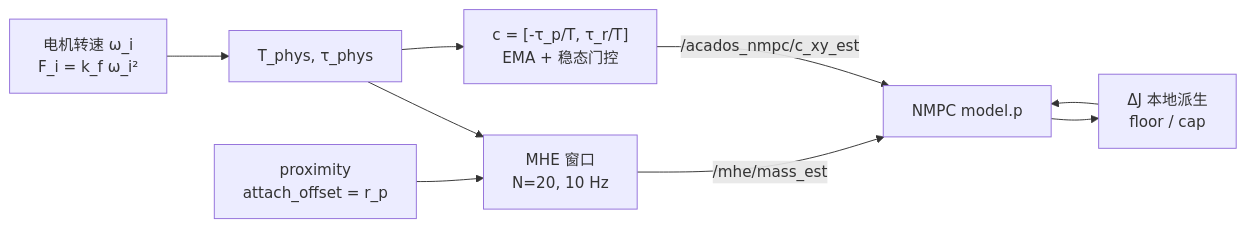
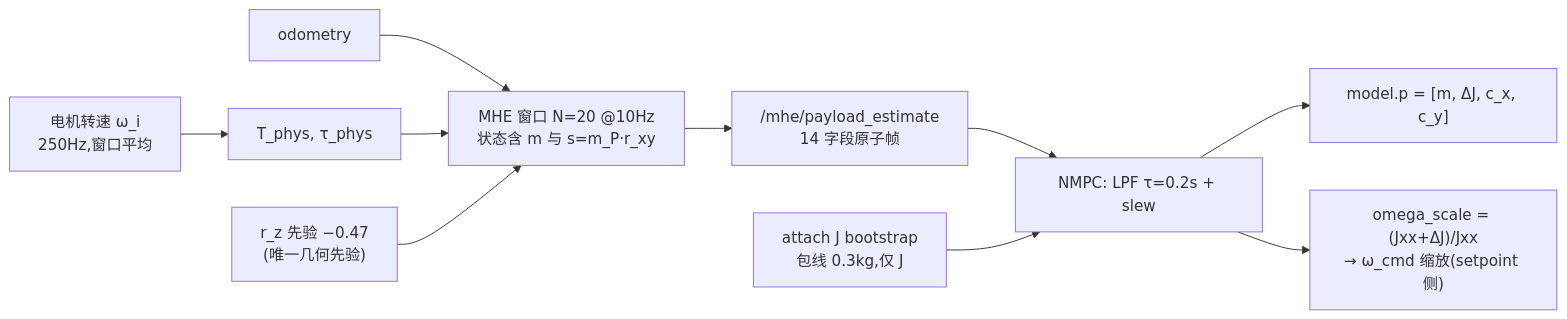
The diagram in docs/mjc_lifecycle_viz.md (yoyohu18/MHE-NMPC), drawn with Mermaid before and after one commit. The commit also changed other lines of this file and 3 other files, not shown here.

````diff
--- a/docs/mjc_lifecycle_viz.md
+++ b/docs/mjc_lifecycle_viz.md
@@ -109,11 +144,12 @@
 ```mermaid
 flowchart LR
-    MOT["电机转速 ω_i<br/>F_i = k_f ω_i²"] --> TP["T_phys, τ_phys"]
-    TP --> MHE["MHE 窗口<br/>N=20, 10 Hz"]
-    TP --> CXY["c = [-τ_p/T, τ_r/T]<br/>EMA + 稳态门控"]
-    RP["proximity<br/>attach_offset = r_p"] --> MHE
-    MHE -->|"/mhe/mass_est"| NM["NMPC model.p"]
-    CXY -->|"/acados_nmpc/c_xy_est"| NM
-    NM --> DJ["ΔJ 本地派生<br/>floor / cap"]
-    DJ --> NM
+    MOT["电机转速 ω_i<br/>250Hz,窗口平均"] --> TP["T_phys, τ_phys"]
+    ODO["odometry"] --> MHE
+    TP --> MHE["MHE 窗口 N=20 @10Hz<br/>状态含 m 与 s=m_P·r_xy"]
+    RZ["r_z 先验 −0.47<br/>(唯一几何先验)"] --> MHE
+    MHE --> PE["/mhe/payload_estimate<br/>14 字段原子帧"]
+    PE --> NM["NMPC: LPF τ=0.2s + slew"]
+    BOOT["attach J bootstrap<br/>包线 0.3kg,仅 J"] --> NM
+    NM --> MOD["model.p = [m, ΔJ, c_x, c_y]"]
+    NM --> OS["omega_scale = (Jxx+ΔJ)/Jxx<br/>→ ω_cmd 缩放(setpoint 侧)"]
 ```
````
